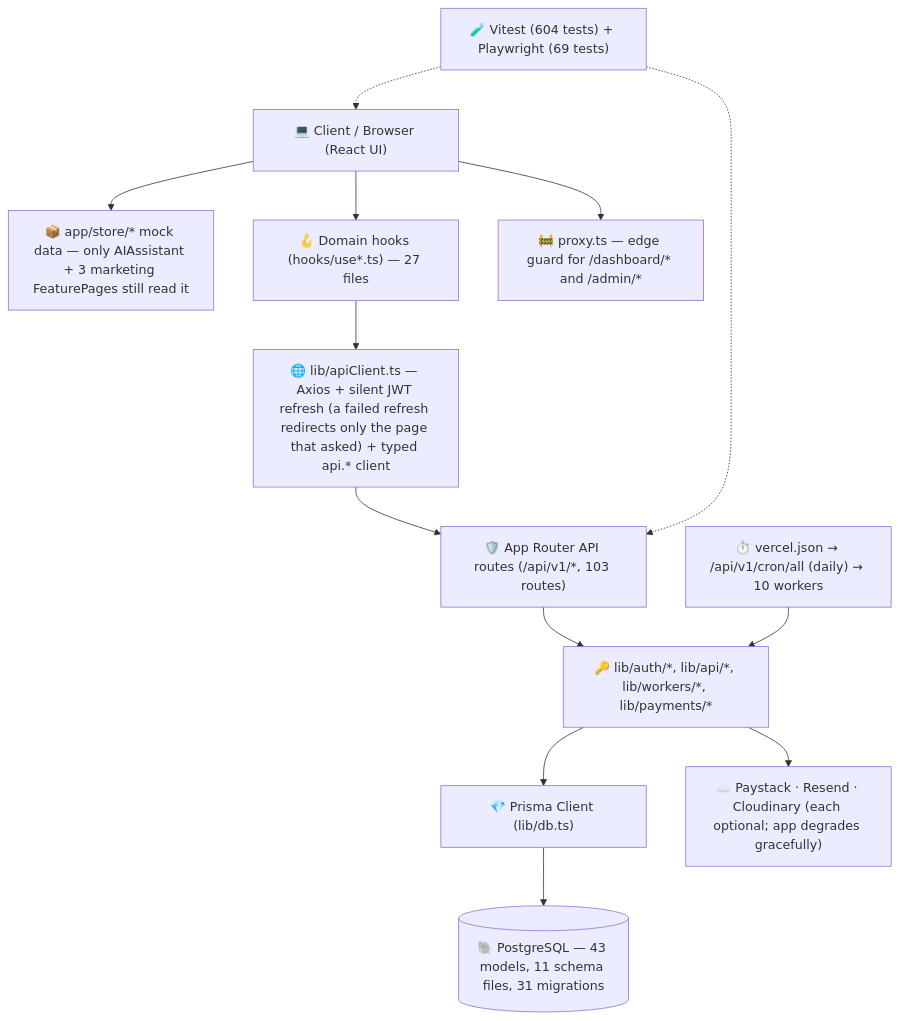
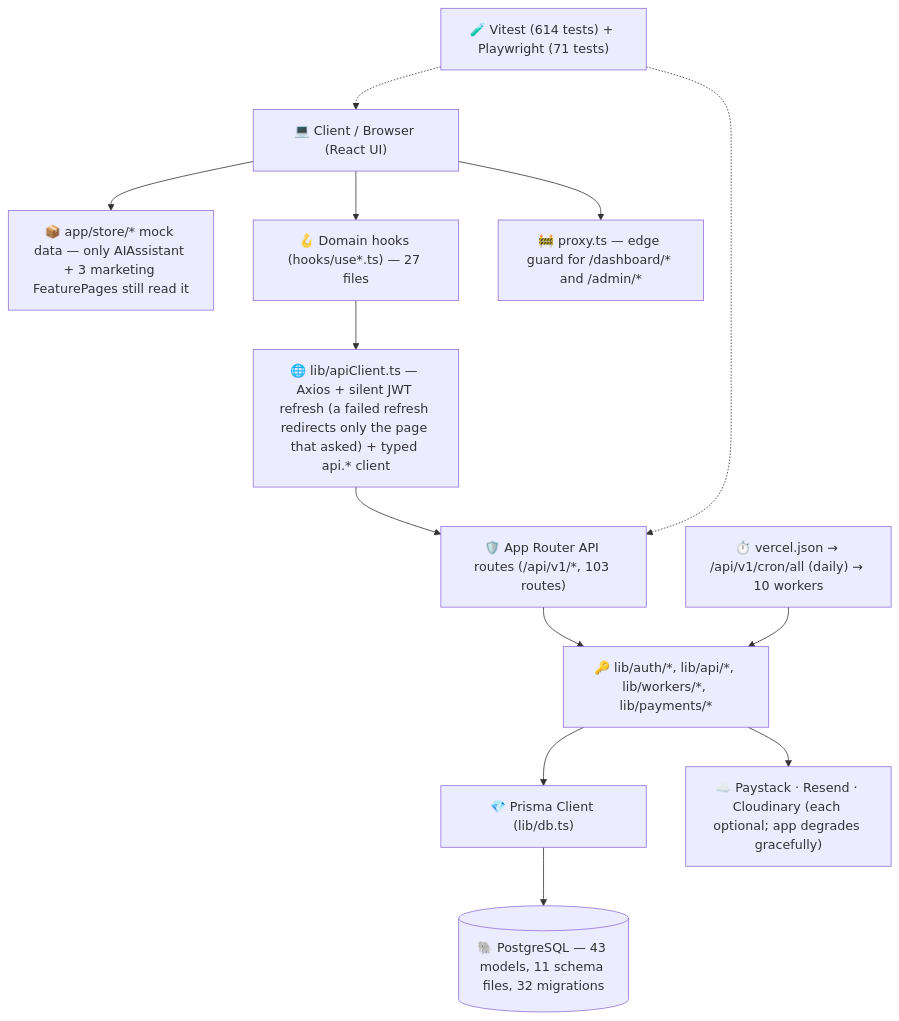
Before and after one commit to Proplity/proplity: the diagram in PROJECT_STRUCTURE.md, drawn with Mermaid. The commit also changed other lines of this file and 32 other files, not shown here.

````diff
--- a/PROJECT_STRUCTURE.md
+++ b/PROJECT_STRUCTURE.md
@@ -11,28 +11,28 @@
 ```mermaid
 graph TD
     Client["💻 Client / Browser (React UI)"]
     Store["📦 app/store/* mock data — only AIAssistant + 3 marketing FeaturePages still read it"]
     Hooks["🪝 Domain hooks (hooks/use*.ts) — 27 files"]
     ApiClient["🌐 lib/apiClient.ts — Axios + silent JWT refresh (a failed refresh redirects only the page that asked) + typed api.* client"]
     Proxy["🚧 proxy.ts — edge guard for /dashboard/* and /admin/*"]
     NextApi["🛡️ App Router API routes (/api/v1/*, 103 routes)"]
     LibCore["🔑 lib/auth/*, lib/api/*, lib/workers/*, lib/payments/*"]
     PrismaClient["💎 Prisma Client (lib/db.ts)"]
-    Postgres[("🐘 PostgreSQL — 43 models, 11 schema files, 31 migrations")]
+    Postgres[("🐘 PostgreSQL — 43 models, 11 schema files, 32 migrations")]
     Cron["⏱️ vercel.json → /api/v1/cron/all (daily) → 10 workers"]
     Ext["☁️ Paystack · Resend · Cloudinary (each optional; app degrades gracefully)"]
-    Tests["🧪 Vitest (604 tests) + Playwright (69 tests)"]
+    Tests["🧪 Vitest (614 tests) + Playwright (71 tests)"]
 
     Client --> Store
     Client --> Proxy
     Client --> Hooks
     Hooks --> ApiClient
     ApiClient --> NextApi
     NextApi --> LibCore
     LibCore --> PrismaClient
     LibCore --> Ext
     Cron --> LibCore
     PrismaClient --> Postgres
     Tests -.-> NextApi
     Tests -.-> Client
 ```
````
